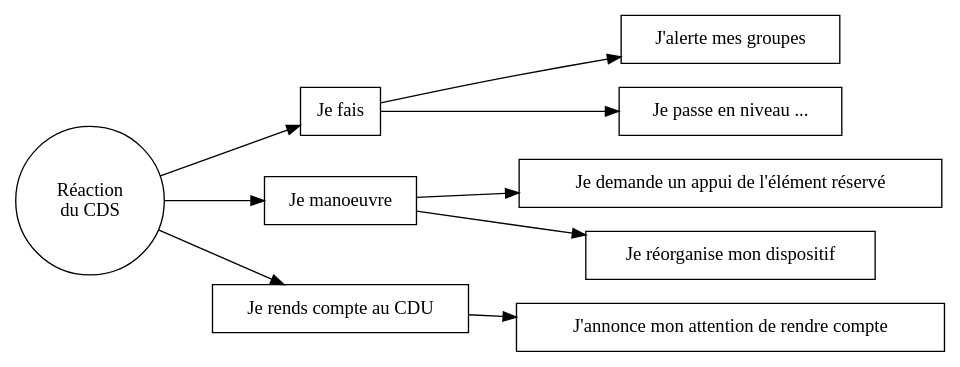
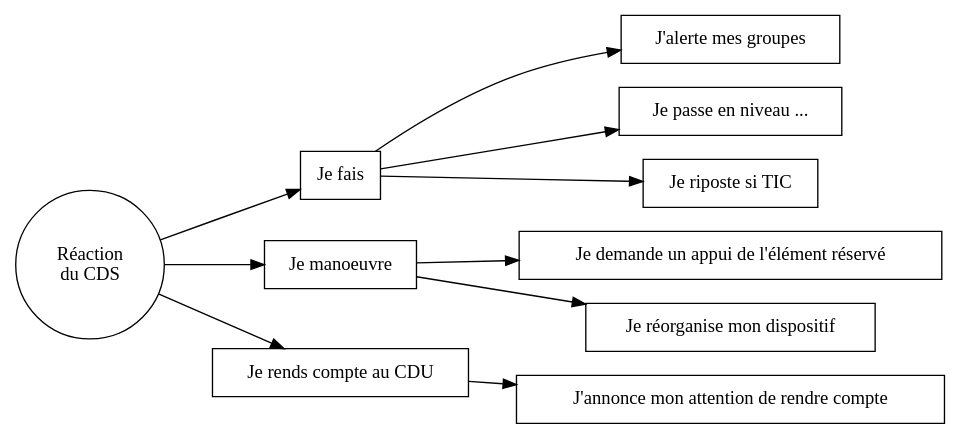
The diagram in Combat/Section proterre/Ordres de conduite/réaction_cds.dot (FG-2/FG-2.github.io), drawn with Graphviz before and after one commit. The commit also changed 11 other files, not shown here.

```diff
--- a/Combat/Section proterre/Ordres de conduite/réaction_cds.dot
+++ b/Combat/Section proterre/Ordres de conduite/réaction_cds.dot
@@ -1,20 +1,21 @@
 digraph {
 
     graph [layout = dot, overlap=false, rankdir=LR, ordering="out"]
     
     node [shape = circle]
     "Réaction\ndu CDS"
     
     node [shape = rectangle]
     "Réaction\ndu CDS" -> "Je fais", "Je manoeuvre", "Je rends compte au CDU"
     
     "Je fais" -> "J'alerte mes groupes"
     "Je fais" -> "Je passe en niveau ..."
+    "Je fais" -> "Je riposte si TIC"
     
     "Je manoeuvre" -> "Je demande un appui de l'élément réservé"
     "Je manoeuvre" -> "Je réorganise mon dispositif"
     
     "Je rends compte au CDU" -> "J'annonce mon attention de rendre compte"
     
     
 }
```
